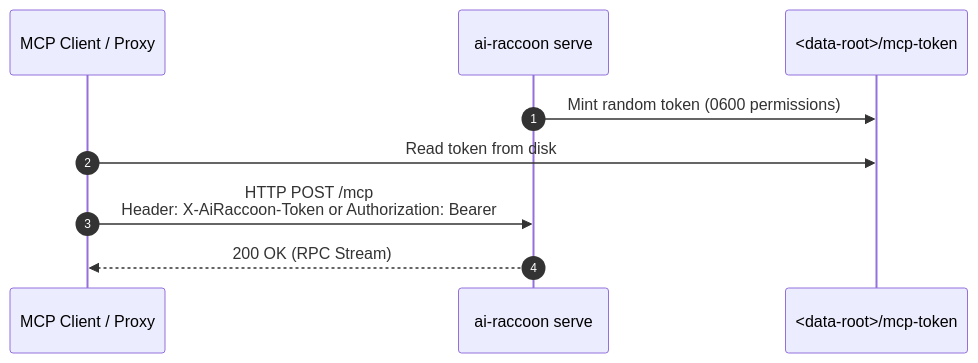
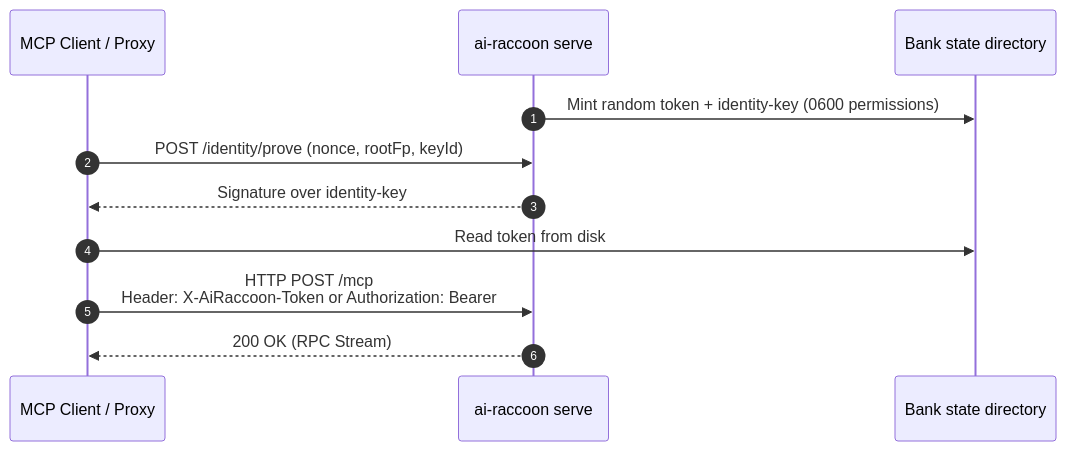
Before and after one commit to Arasz/ai-raccoon: the first of 2 diagrams in docs/how-to/configure-ai-raccoon-server.md, drawn with Mermaid. The commit also changed other lines of this file, not shown here.

First line of the commit message:
docs(how-to): reflect ADR-0106 launch/token behavior in the server guide

````diff
--- a/docs/how-to/configure-ai-raccoon-server.md
+++ b/docs/how-to/configure-ai-raccoon-server.md
@@ -56,12 +56,14 @@
 ```mermaid
 sequenceDiagram
     autonumber
     participant Client as MCP Client / Proxy
     participant Server as ai-raccoon serve
-    participant TokenFile as <data-root>/mcp-token
+    participant TokenFile as Bank state directory
     
-    Server->>TokenFile: Mint random token (0600 permissions)
+    Server->>TokenFile: Mint random token + identity-key (0600 permissions)
+    Client->>Server: POST /identity/prove (nonce, rootFp, keyId)
+    Server-->>Client: Signature over identity-key
     Client->>TokenFile: Read token from disk
     Client->>Server: HTTP POST /mcp<br/>Header: X-AiRaccoon-Token or Authorization: Bearer
     Server-->>Client: 200 OK (RPC Stream)
 ```
````
